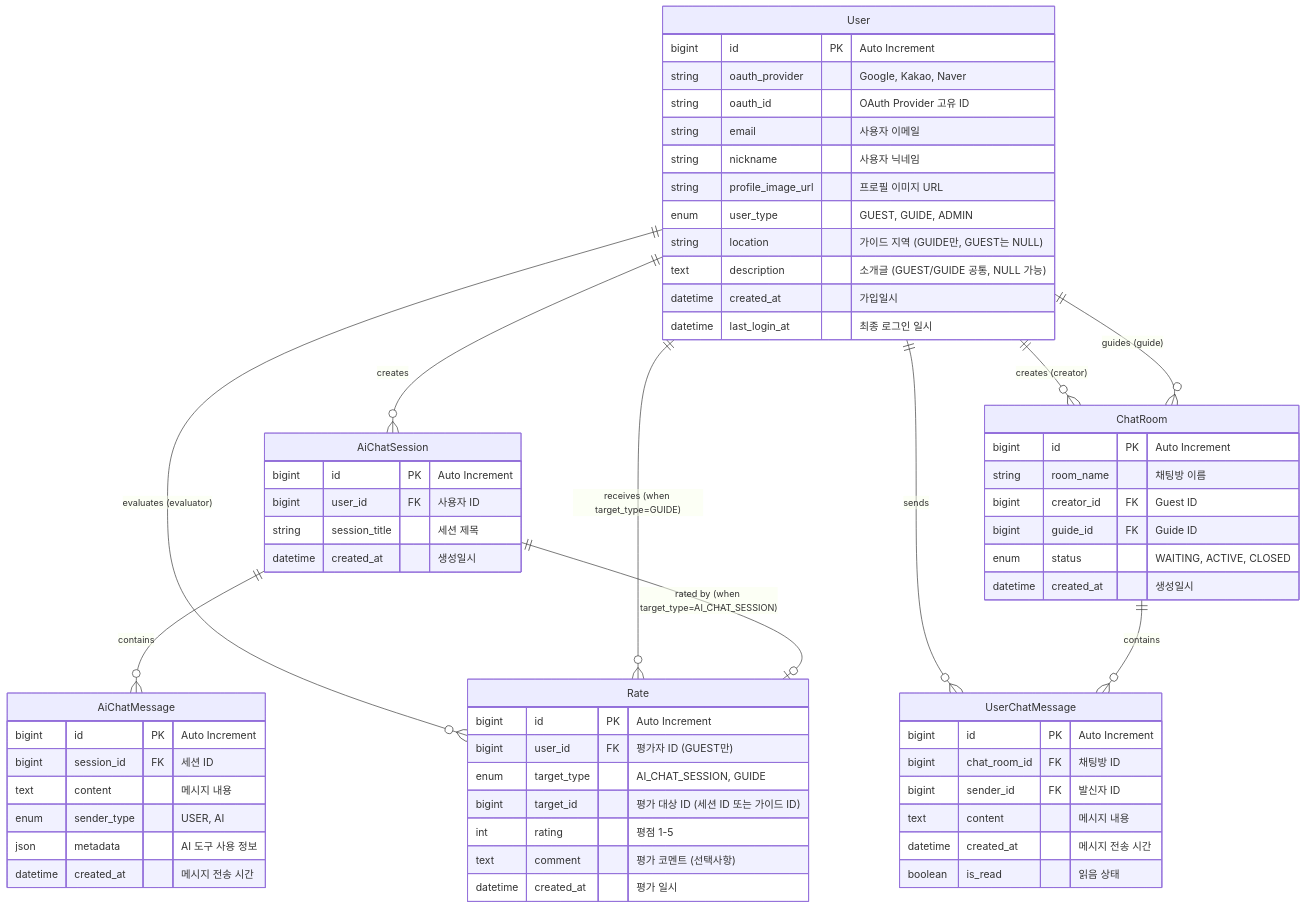
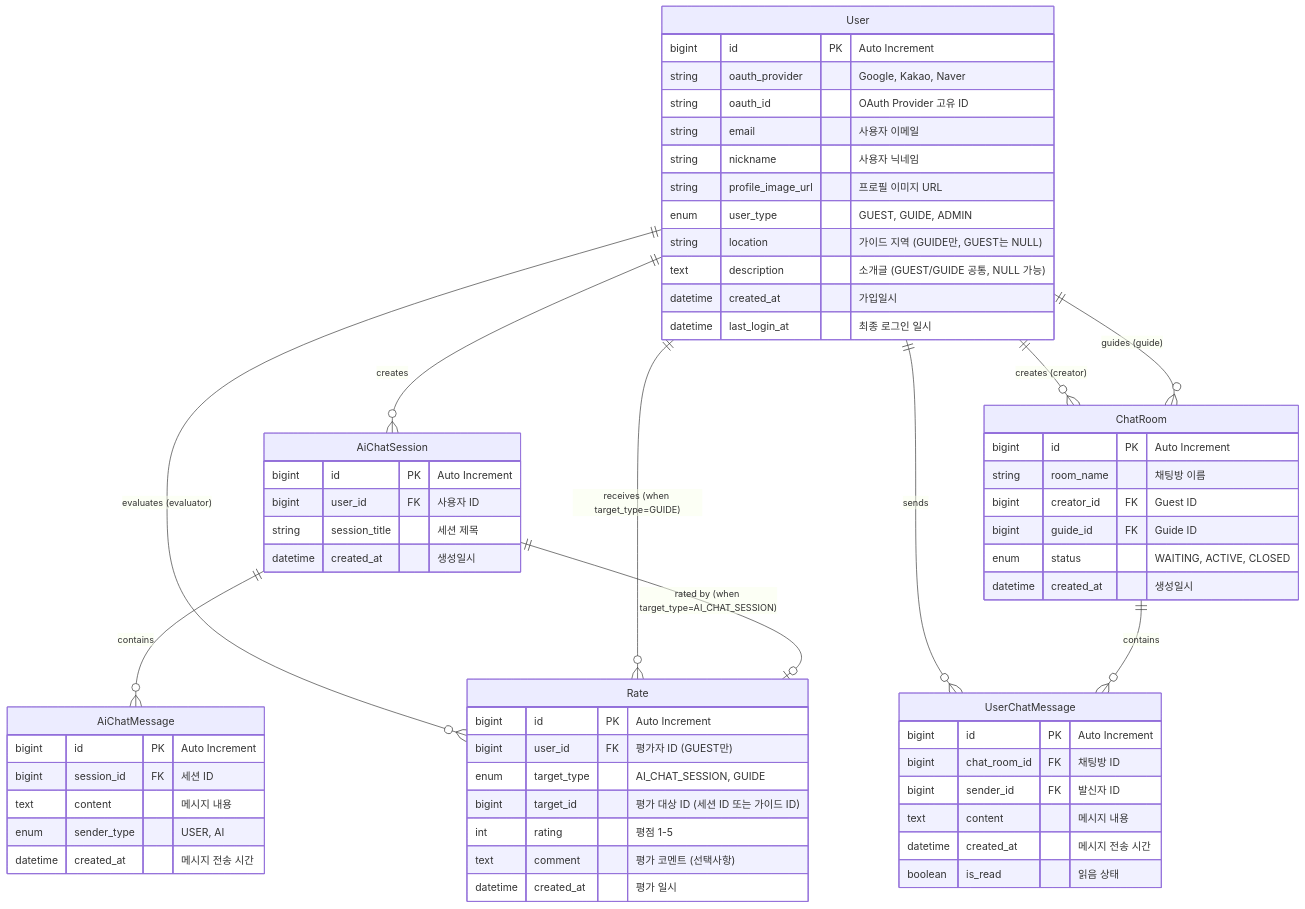
One commit to prgrms-web-devcourse-final-project/WEB6_8_CGNS_FE changed the diagram in docs/erd-diagram.md. Above: the diagram before and after it, drawn with Mermaid. The commit also changed other lines of this file and 4 other files, not shown here.

Commit message:
feat(be): AiChatMessage + Session + Enum Class 생성 및 erd 수정

````diff
--- a/docs/erd-diagram.md
+++ b/docs/erd-diagram.md
@@ -21,74 +21,73 @@
 ```mermaid
 erDiagram
     User {
         bigint id PK "Auto Increment"
         string oauth_provider "Google, Kakao, Naver"
         string oauth_id "OAuth Provider 고유 ID"
         string email "사용자 이메일"
         string nickname "사용자 닉네임"
         string profile_image_url "프로필 이미지 URL"
         enum user_type "GUEST, GUIDE, ADMIN"
         string location "가이드 지역 (GUIDE만, GUEST는 NULL)"
         text description "소개글 (GUEST/GUIDE 공통, NULL 가능)"
         datetime created_at "가입일시"
         datetime last_login_at "최종 로그인 일시"
     }
 
     %% AI Chat Domain
     AiChatSession {
         bigint id PK "Auto Increment"
         bigint user_id FK "사용자 ID"
         string session_title "세션 제목"
         datetime created_at "생성일시"
     }
 
     AiChatMessage {
         bigint id PK "Auto Increment"
         bigint session_id FK "세션 ID"
         text content "메시지 내용"
         enum sender_type "USER, AI"
-        json metadata "AI 도구 사용 정보"
         datetime created_at "메시지 전송 시간"
     }
 
     %% User Chat Domain
     ChatRoom {
         bigint id PK "Auto Increment"
         string room_name "채팅방 이름"
         bigint creator_id FK "Guest ID"
         bigint guide_id FK "Guide ID"
         enum status "WAITING, ACTIVE, CLOSED"
         datetime created_at "생성일시"
     }
 
     UserChatMessage {
         bigint id PK "Auto Increment"
         bigint chat_room_id FK "채팅방 ID"
         bigint sender_id FK "발신자 ID"
         text content "메시지 내용"
         datetime created_at "메시지 전송 시간"
         boolean is_read "읽음 상태"
     }
 
     Rate {
         bigint id PK "Auto Increment"
         bigint user_id FK "평가자 ID (GUEST만)"
         enum target_type "AI_CHAT_SESSION, GUIDE"
         bigint target_id "평가 대상 ID (세션 ID 또는 가이드 ID)"
         int rating "평점 1-5"
         text comment "평가 코멘트 (선택사항)"
         datetime created_at "평가 일시"
     }
 
     %% 관계 정의
     User ||--o{ AiChatSession : "creates"
     User ||--o{ ChatRoom : "creates (creator)"
     User ||--o{ ChatRoom : "guides (guide)"
     User ||--o{ UserChatMessage : "sends"
     User ||--o{ Rate : "evaluates (evaluator)"
     User ||--o{ Rate : "receives (when target_type=GUIDE)"
 
     AiChatSession ||--o{ AiChatMessage : "contains"
     AiChatSession ||--o| Rate : "rated by (when target_type=AI_CHAT_SESSION)"
     ChatRoom ||--o{ UserChatMessage : "contains"
 ```
````
